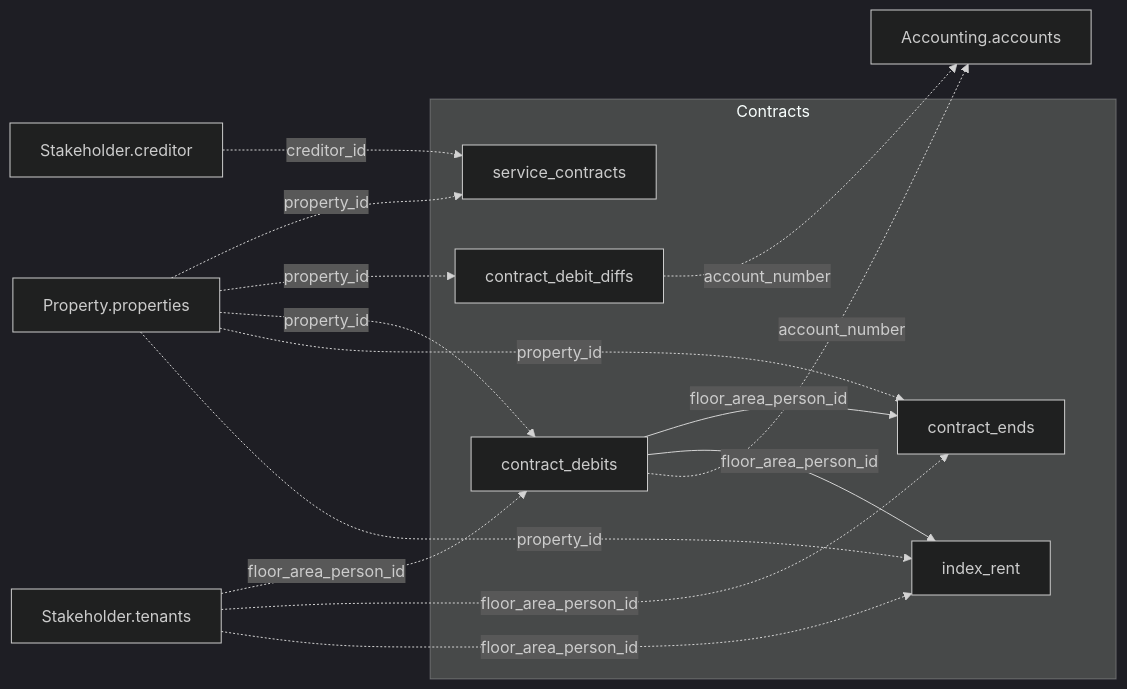
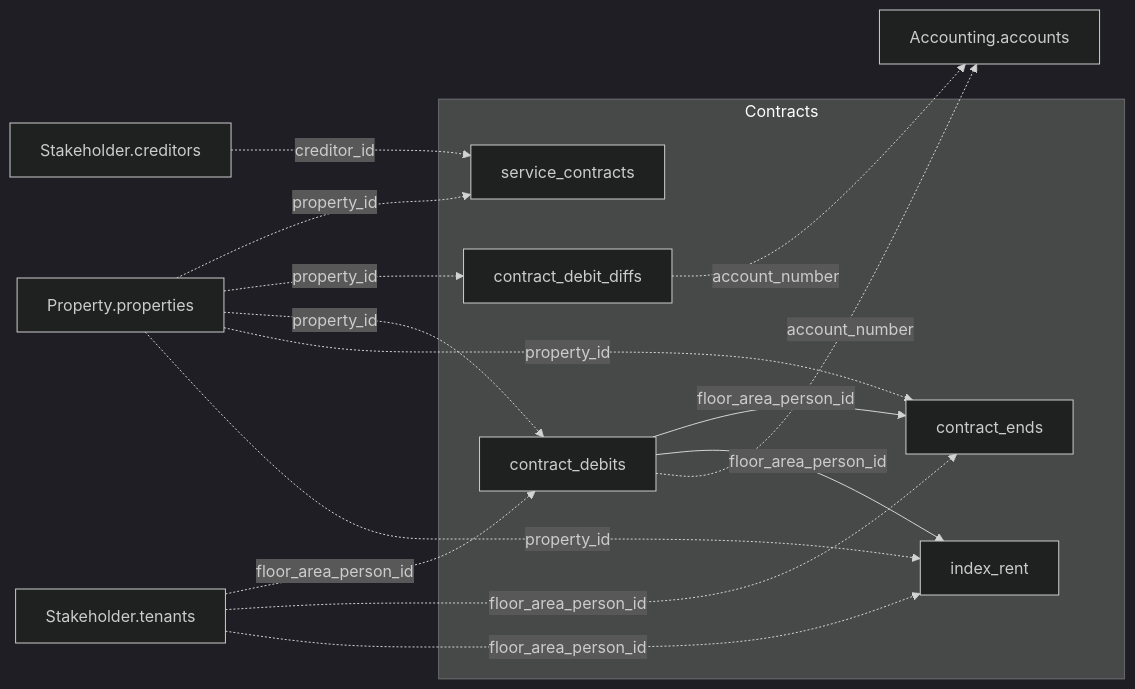
One commit to Trassets-ai/api-docs changed the diagram in de/v1/data-model/contracts.mdx. Above: the diagram before and after it, drawn with Mermaid (dark theme). The commit also changed other lines of this file and 25 other files, not shown here.

````diff
--- a/de/v1/data-model/contracts.mdx
+++ b/de/v1/data-model/contracts.mdx
@@ -11,30 +11,30 @@
 ```mermaid
 graph LR
   subgraph Contracts
     service_contracts["service_contracts"]
     contract_debit_diffs["contract_debit_diffs"]
     contract_debits["contract_debits"]
     contract_ends["contract_ends"]
     index_rent["index_rent"]
   end
 
   properties["Property.properties"]
   accounts["Accounting.accounts"]
   tenants["Stakeholder.tenants"]
-  creditor["Stakeholder.creditor"]
+  creditor["Stakeholder.creditors"]
 
   contract_debits -->|floor_area_person_id| contract_ends
   contract_debits -->|floor_area_person_id| index_rent
 
   properties -.->|property_id| service_contracts
   properties -.->|property_id| contract_debit_diffs
   properties -.->|property_id| contract_debits
   properties -.->|property_id| contract_ends
   properties -.->|property_id| index_rent
   contract_debits -.->|account_number| accounts
   contract_debit_diffs -.->|account_number| accounts
   creditor -.->|creditor_id| service_contracts
   tenants -.->|floor_area_person_id| contract_debits
   tenants -.->|floor_area_person_id| contract_ends
   tenants -.->|floor_area_person_id| index_rent
 ```
````
